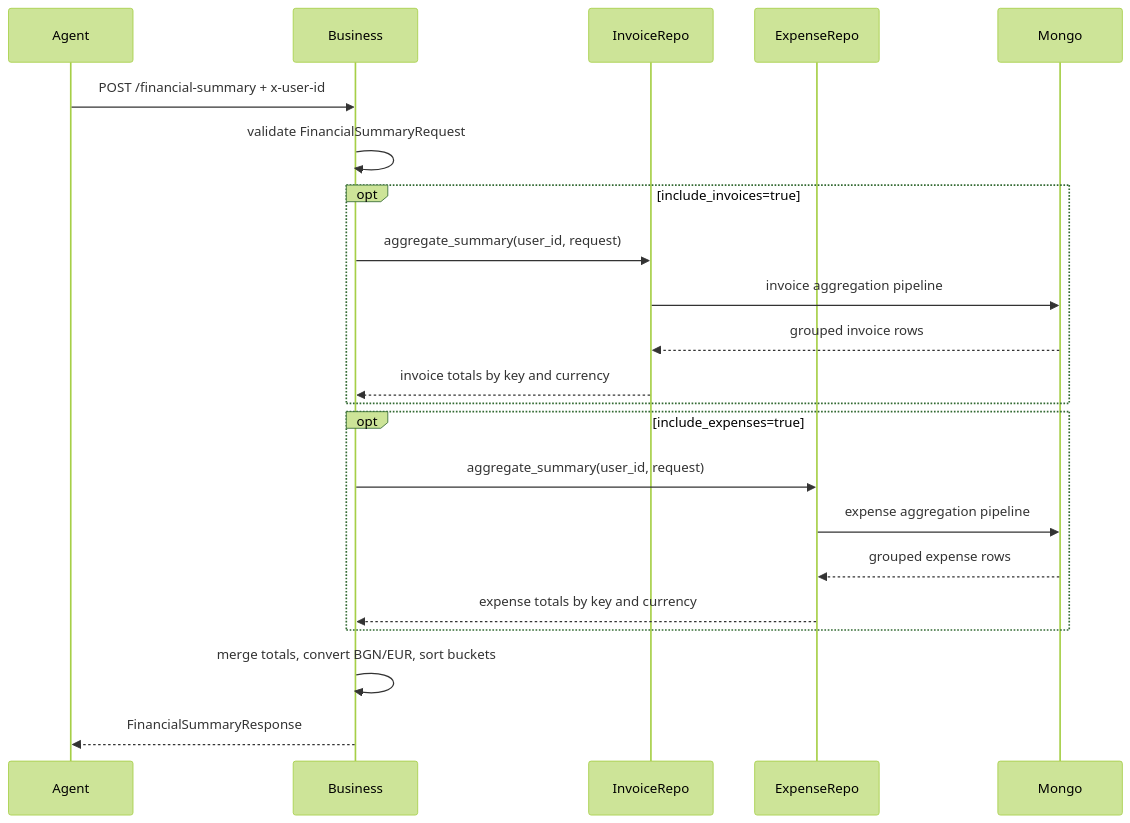
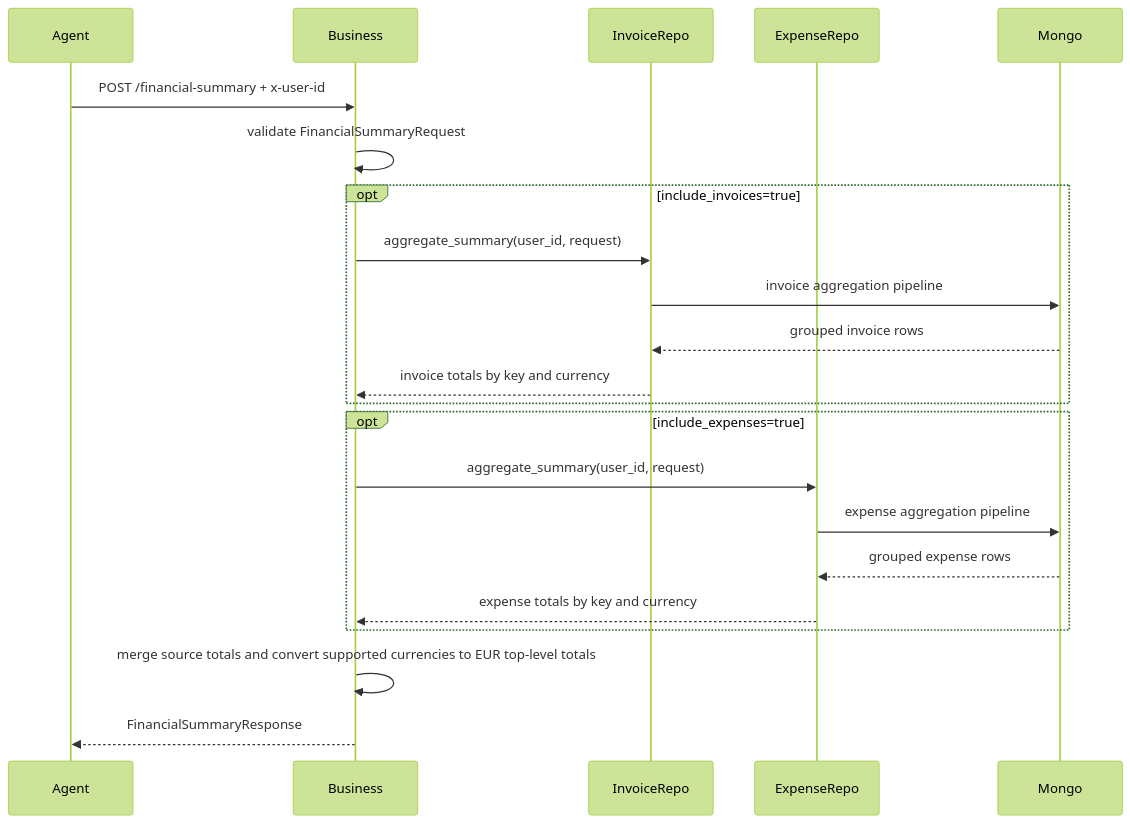
Before and after one commit to valiobar/agents: the sixth of 9 diagrams in docs/services/business/data-flow.md, drawn with Mermaid (forest theme). The commit also changed other lines of this file and 102 other files, not shown here.

````diff
--- a/docs/services/business/data-flow.md
+++ b/docs/services/business/data-flow.md
@@ -136,25 +139,25 @@
 ```mermaid
 sequenceDiagram
     participant Agent
     participant Business
     participant InvoiceRepo
     participant ExpenseRepo
     participant Mongo
 
     Agent->>Business: POST /financial-summary + x-user-id
     Business->>Business: validate FinancialSummaryRequest
     opt include_invoices=true
         Business->>InvoiceRepo: aggregate_summary(user_id, request)
         InvoiceRepo->>Mongo: invoice aggregation pipeline
         Mongo-->>InvoiceRepo: grouped invoice rows
         InvoiceRepo-->>Business: invoice totals by key and currency
     end
     opt include_expenses=true
         Business->>ExpenseRepo: aggregate_summary(user_id, request)
         ExpenseRepo->>Mongo: expense aggregation pipeline
         Mongo-->>ExpenseRepo: grouped expense rows
         ExpenseRepo-->>Business: expense totals by key and currency
     end
-    Business->>Business: merge totals, convert BGN/EUR, sort buckets
+    Business->>Business: merge source totals and convert supported currencies to EUR top-level totals
     Business-->>Agent: FinancialSummaryResponse
 ```
````
